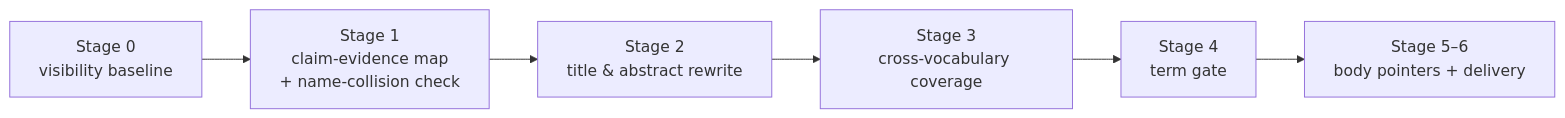
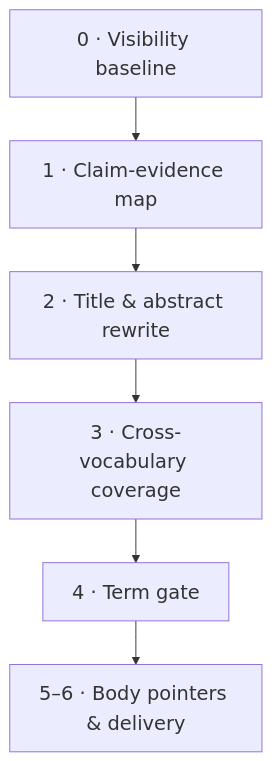
One commit to Hoemr/paper-title-optimizer changed the diagram in README.md. Above: the diagram before and after it, drawn with Mermaid. The commit also changed other lines of this file, not shown here.

First line of the commit message:
Platform-agnostic install prompt + legible pipeline diagram

````diff
--- a/README.md
+++ b/README.md
@@ -60,8 +62,9 @@
 ```mermaid
-flowchart LR
-    A["Stage 0<br/>visibility baseline"] --> B["Stage 1<br/>claim-evidence map<br/>+ name-collision check"]
-    B --> C["Stage 2<br/>title & abstract rewrite"]
-    C --> D["Stage 3<br/>cross-vocabulary coverage"]
-    D --> E["Stage 4<br/>term gate"]
-    E --> F["Stage 5–6<br/>body pointers + delivery"]
+%%{init: {"themeVariables": {"fontSize": "20px"}, "flowchart": {"nodeSpacing": 40, "rankSpacing": 45}}}%%
+flowchart TD
+    A["0 · Visibility baseline"] --> B["1 · Claim-evidence map"]
+    B --> C["2 · Title & abstract rewrite"]
+    C --> D["3 · Cross-vocabulary coverage"]
+    D --> E["4 · Term gate"]
+    E --> F["5–6 · Body pointers & delivery"]
 ```
````
